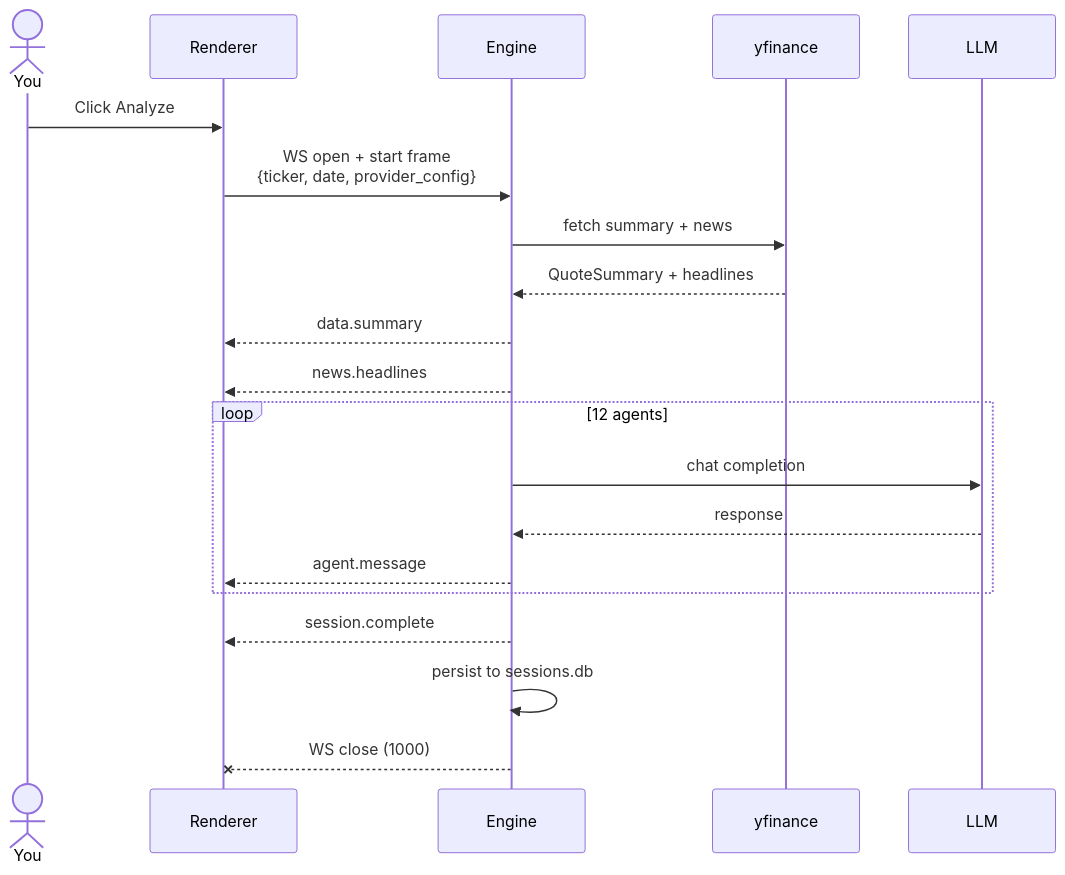
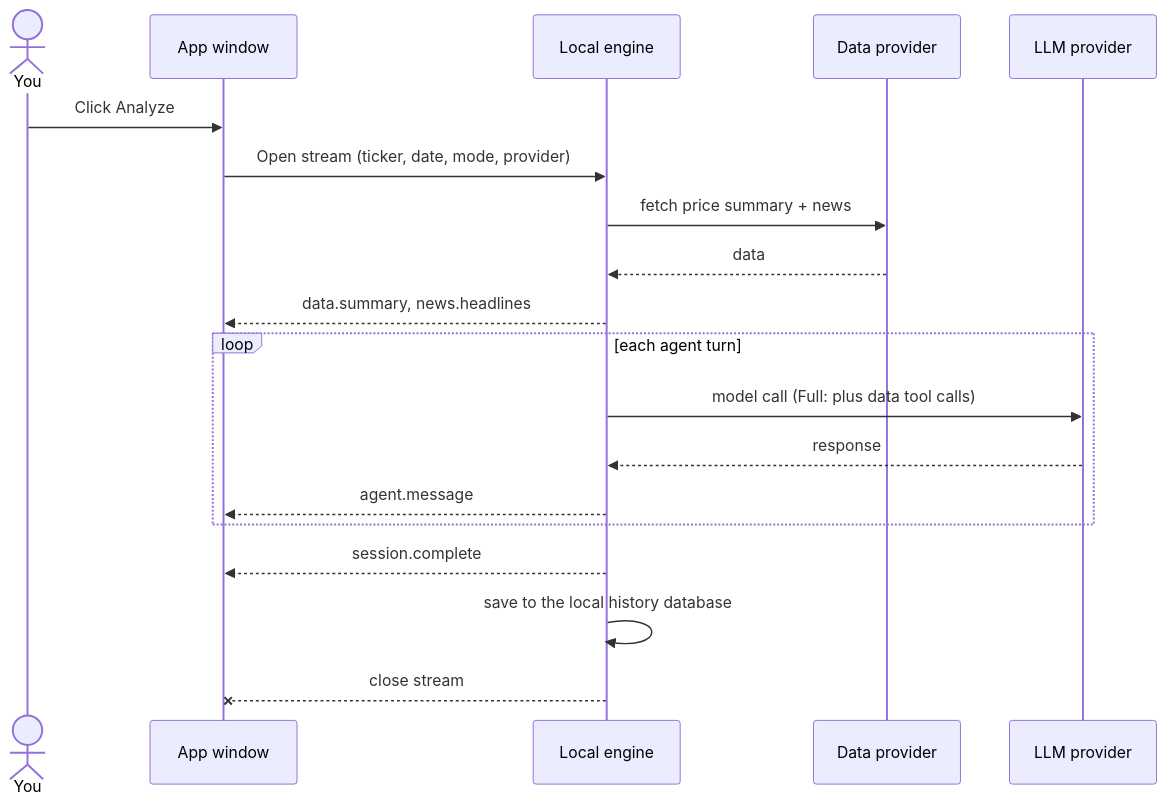
Before and after one commit to RBJGlobal/TradingAgentsLab-Pro: the second of 2 diagrams in docs/kb/how-it-works.md, drawn with Mermaid. The commit also changed other lines of this file and 16 other files, not shown here.

````diff
--- a/docs/kb/how-it-works.md
+++ b/docs/kb/how-it-works.md
@@ -179,25 +202,24 @@
 ```mermaid
 sequenceDiagram
     actor U as You
-    participant R as Renderer
-    participant E as Engine
-    participant Y as yfinance
-    participant L as LLM
+    participant R as App window
+    participant E as Local engine
+    participant D as Data provider
+    participant L as LLM provider
 
     U->>R: Click Analyze
-    R->>E: WS open + start frame<br/>{ticker, date, provider_config}
-    E->>Y: fetch summary + news
-    Y-->>E: QuoteSummary + headlines
-    E-->>R: data.summary
-    E-->>R: news.headlines
+    R->>E: Open stream (ticker, date, mode, provider)
+    E->>D: fetch price summary + news
+    D-->>E: data
+    E-->>R: data.summary, news.headlines
 
-    loop 12 agents
-        E->>L: chat completion
+    loop each agent turn
+        E->>L: model call (Full: plus data tool calls)
         L-->>E: response
         E-->>R: agent.message
     end
 
     E-->>R: session.complete
-    E->>E: persist to sessions.db
-    E--xR: WS close (1000)
+    E->>E: save to the local history database
+    E--xR: close stream
 ```
````
